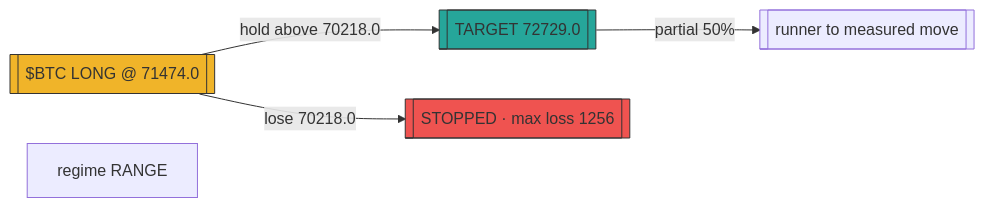
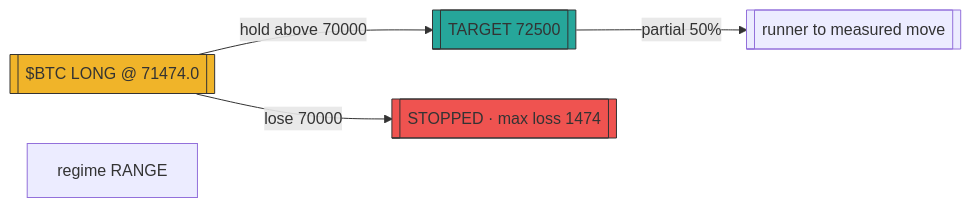
One commit to prx0r/BEAR changed the diagram in astronomer/data/proveout_posts_Timeless_Crypto/2032340324022988993.mmd. Above: the diagram before and after it, drawn with Mermaid. The commit also changed 2030 other files, not shown here.

```diff
--- a/astronomer/data/proveout_posts_Timeless_Crypto/2032340324022988993.mmd
+++ b/astronomer/data/proveout_posts_Timeless_Crypto/2032340324022988993.mmd
@@ -1,9 +1,9 @@
 flowchart LR
     sig[["$BTC LONG @ 71474.0"]]
-    sig -->|"hold above 70218.0"| tgt[["TARGET 72729.0"]]
-    sig -->|"lose 70218.0"| stp[["STOPPED · max loss 1256"]]
+    sig -->|"hold above 70000"| tgt[["TARGET 72500"]]
+    sig -->|"lose 70000"| stp[["STOPPED · max loss 1474"]]
     tgt -->|"partial 50%"| t2[["runner to measured move"]]
     style sig fill:#f0b429,stroke:#333
     style tgt fill:#26a69a,stroke:#333
     style stp fill:#ef5350,stroke:#333
     sub["regime RANGE" ]
```
